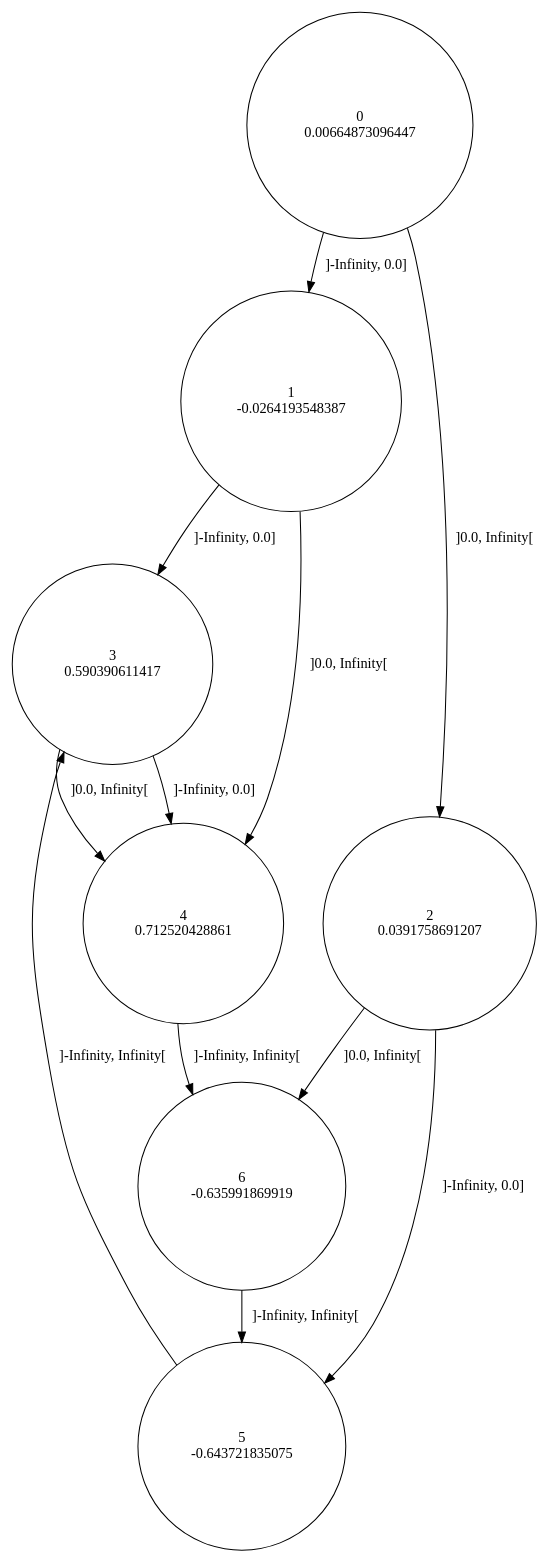
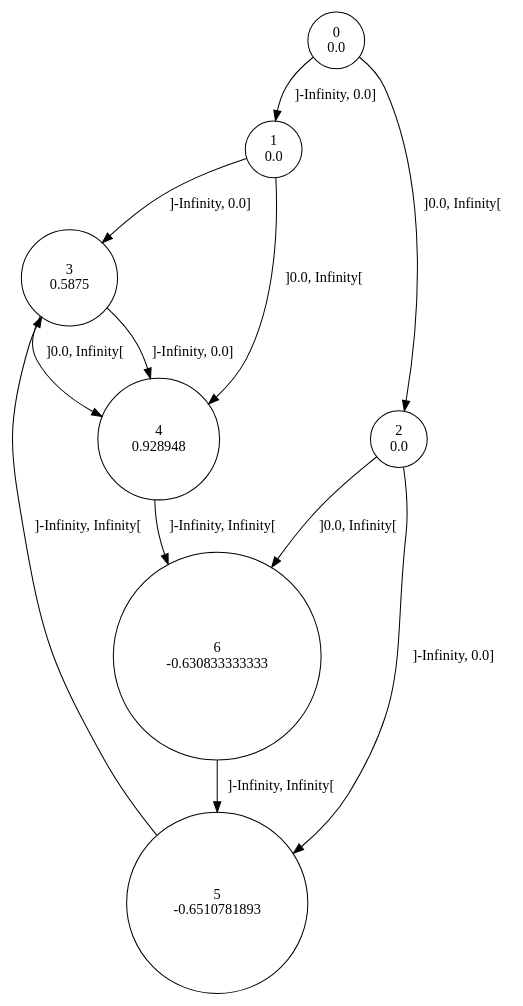
Before and after one commit to gllpellegrino/RAI_experiments: the diagram in distorced_sinus_1/data/6/rtisy.dot, drawn with Graphviz. The commit also changed 148 other files, not shown here.

```diff
--- a/distorced_sinus_1/data/6/rtisy.dot
+++ b/distorced_sinus_1/data/6/rtisy.dot
@@ -1,20 +1,20 @@
 digraph a {
-0 [shape=circle, label="0\n0.00664873096447"];
+0 [shape=circle, label="0\n0.0"];
 	0 -> 1 [label="]-Infinity, 0.0]"];
 	0 -> 2 [label="]0.0, Infinity["];
-1 [shape=circle, label="1\n-0.0264193548387"];
+1 [shape=circle, label="1\n0.0"];
 	1 -> 3 [label="]-Infinity, 0.0]"];
 	1 -> 4 [label="]0.0, Infinity["];
-2 [shape=circle, label="2\n0.0391758691207"];
+2 [shape=circle, label="2\n0.0"];
 	2 -> 5 [label="]-Infinity, 0.0]"];
 	2 -> 6 [label="]0.0, Infinity["];
-3 [shape=circle, label="3\n0.590390611417"];
+3 [shape=circle, label="3\n0.5875"];
 	3 -> 4 [label="]-Infinity, 0.0]"];
 	3 -> 4 [label="]0.0, Infinity["];
-4 [shape=circle, label="4\n0.712520428861"];
+4 [shape=circle, label="4\n0.928948"];
 	4 -> 6 [label="]-Infinity, Infinity["];
-5 [shape=circle, label="5\n-0.643721835075"];
+5 [shape=circle, label="5\n-0.6510781893"];
 	5 -> 3 [label="]-Infinity, Infinity["];
-6 [shape=circle, label="6\n-0.635991869919"];
+6 [shape=circle, label="6\n-0.630833333333"];
 	6 -> 5 [label="]-Infinity, Infinity["];
 }
```
